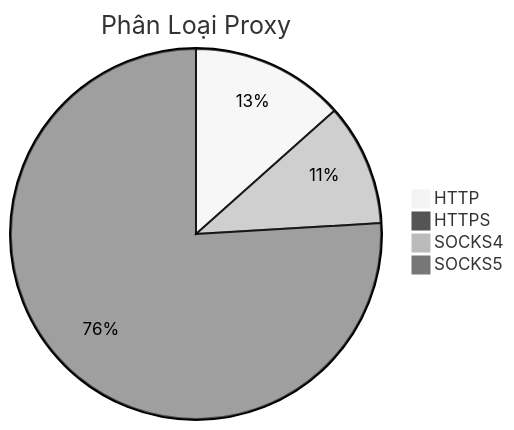
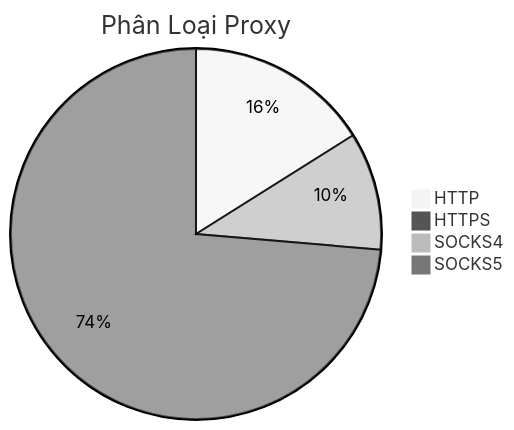
The diagram in README.md (Ciara-Aa/PROXY-free), drawn with Mermaid (neutral theme) before and after one commit. The commit also changed other lines of this file and 4 other files, not shown here.

````diff
--- a/README.md
+++ b/README.md
@@ -26,7 +26,7 @@
 ```mermaid
 pie title Phân Loại Proxy
-    "HTTP" : 364
-    "HTTPS" : 1
-    "SOCKS4" : 289
-    "SOCKS5" : 2061
+    "HTTP" : 414
+    "HTTPS" : 0
+    "SOCKS4" : 265
+    "SOCKS5" : 1898
 ```
````
